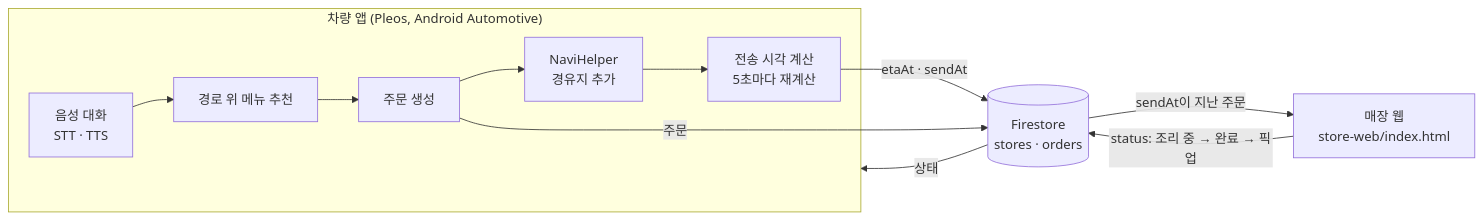
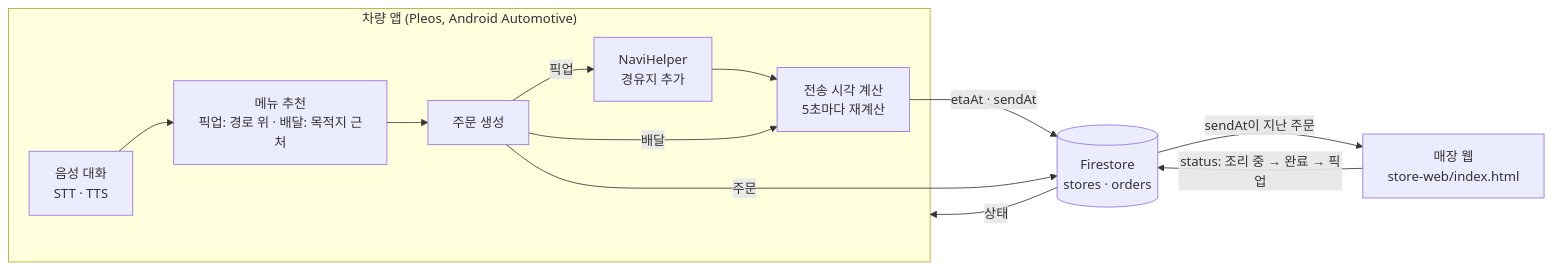
One commit to pjw030423/DriveOrder changed the diagram in README.md. Above: the diagram before and after it, drawn with Mermaid. The commit also changed other lines of this file and 11 other files, not shown here.

````diff
--- a/README.md
+++ b/README.md
@@ -48,14 +62,15 @@
 ```mermaid
 flowchart LR
   subgraph Car["차량 앱 (Pleos, Android Automotive)"]
-    V[음성 대화<br/>STT · TTS] --> R[경로 위 메뉴 추천]
+    V[음성 대화<br/>STT · TTS] --> R[메뉴 추천<br/>픽업: 경로 위 · 배달: 목적지 근처]
     R --> O[주문 생성]
-    O --> W[NaviHelper<br/>경유지 추가]
+    O -- 픽업 --> W[NaviHelper<br/>경유지 추가]
     W --> S[전송 시각 계산<br/>5초마다 재계산]
+    O -- 배달 --> S
   end
   S -- "etaAt · sendAt" --> F[(Firestore<br/>stores · orders)]
   O -- "주문" --> F
   F -- "sendAt이 지난 주문" --> M[매장 웹<br/>store-web/index.html]
   M -- "status: 조리 중 → 완료 → 픽업" --> F
   F -- "상태" --> Car
 ```
````
